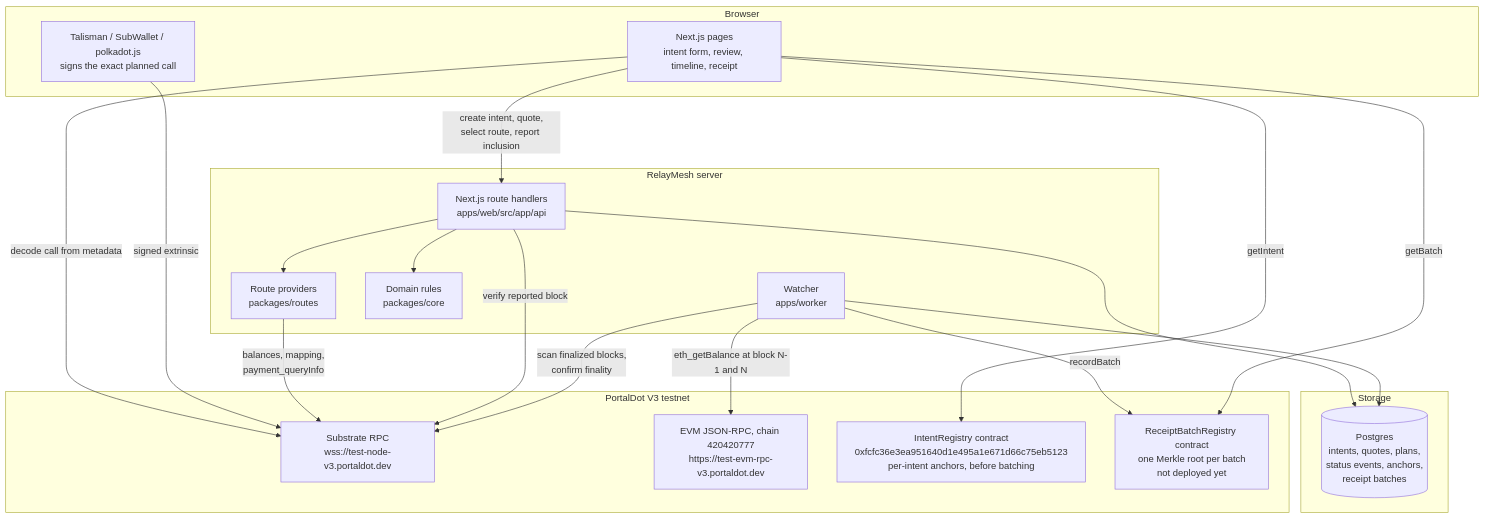
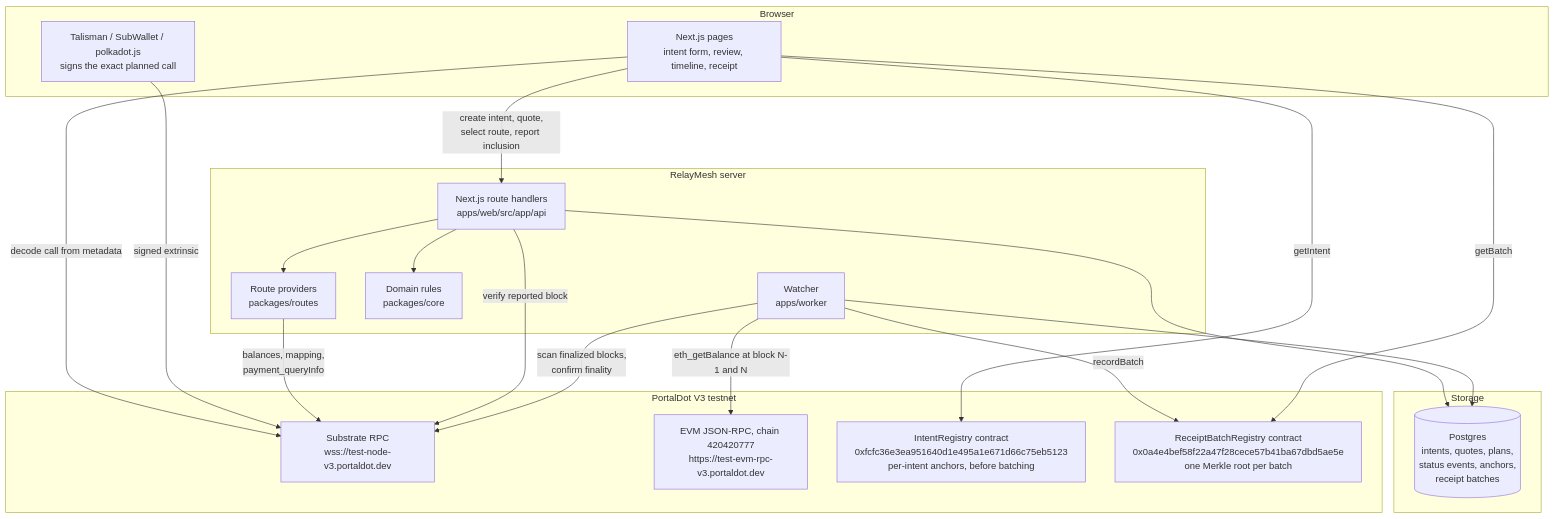
One commit to Saber1Y/RelayMesh changed the first of 3 diagrams in docs/architecture.md. Above: the diagram before and after it, drawn with Mermaid. The commit also changed other lines of this file and 3 other files, not shown here.

Commit message:
docs: record the ReceiptBatchRegistry deployment on V3

````diff
--- a/docs/architecture.md
+++ b/docs/architecture.md
@@ -9,40 +9,40 @@
 ```mermaid
 flowchart TB
     subgraph Client[Browser]
         UI[Next.js pages<br/>intent form, review, timeline, receipt]
         Wallet[Talisman / SubWallet / polkadot.js<br/>signs the exact planned call]
     end
 
     subgraph Server[RelayMesh server]
         API[Next.js route handlers<br/>apps/web/src/app/api]
         Routes[Route providers<br/>packages/routes]
         Core[Domain rules<br/>packages/core]
         Worker[Watcher<br/>apps/worker]
     end
 
     subgraph Data[Storage]
         PG[(Postgres<br/>intents, quotes, plans,<br/>status events, anchors,<br/>receipt batches)]
     end
 
     subgraph V3[PortalDot V3 testnet]
         Sub[Substrate RPC<br/>wss://test-node-v3.portaldot.dev]
         EVM[EVM JSON-RPC, chain 420420777<br/>https://test-evm-rpc-v3.portaldot.dev]
         Reg[IntentRegistry contract<br/>0xfcfc36e3ea951640d1e495a1e671d66c75eb5123<br/>per-intent anchors, before batching]
-        Batch[ReceiptBatchRegistry contract<br/>one Merkle root per batch<br/>not deployed yet]
+        Batch[ReceiptBatchRegistry contract<br/>0x0a4e4bef58f22a47f28cece57b41ba67dbd5ae5e<br/>one Merkle root per batch]
     end
 
     UI -->|create intent, quote,<br/>select route, report inclusion| API
     UI -->|decode call from metadata| Sub
     Wallet -->|signed extrinsic| Sub
     API --> Core
     API --> Routes
     Routes -->|balances, mapping,<br/>payment_queryInfo| Sub
     API -->|verify reported block| Sub
     API --> PG
     Worker --> PG
     Worker -->|scan finalized blocks,<br/>confirm finality| Sub
     Worker -->|eth_getBalance at block N-1 and N| EVM
     Worker -->|recordBatch| Batch
     UI -->|getIntent| Reg
     UI -->|getBatch| Batch
 ```
````
